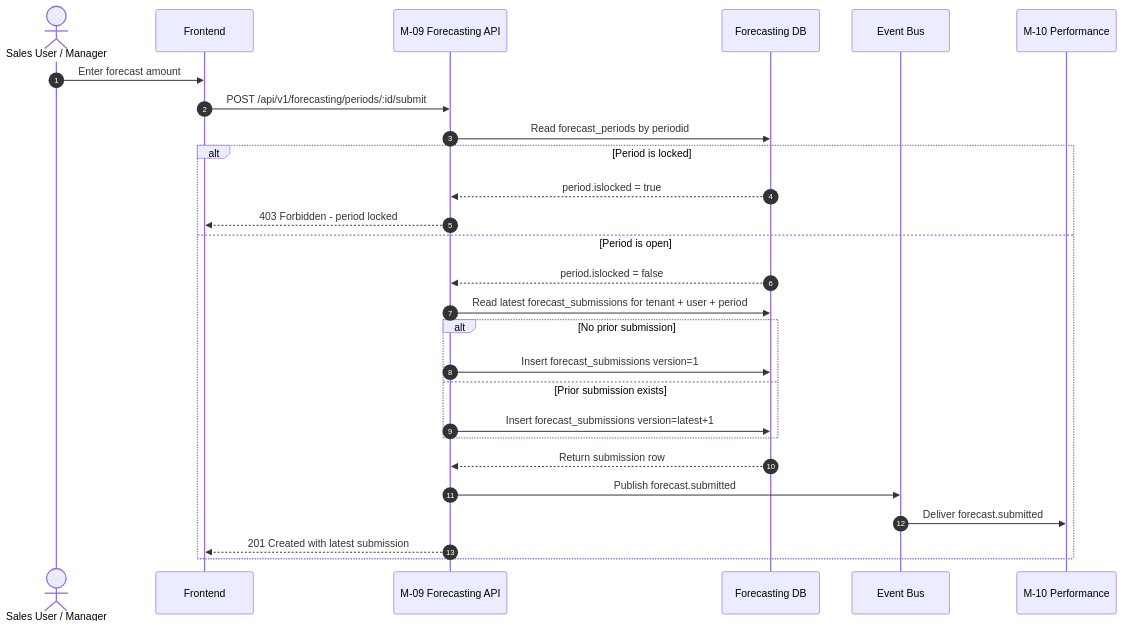
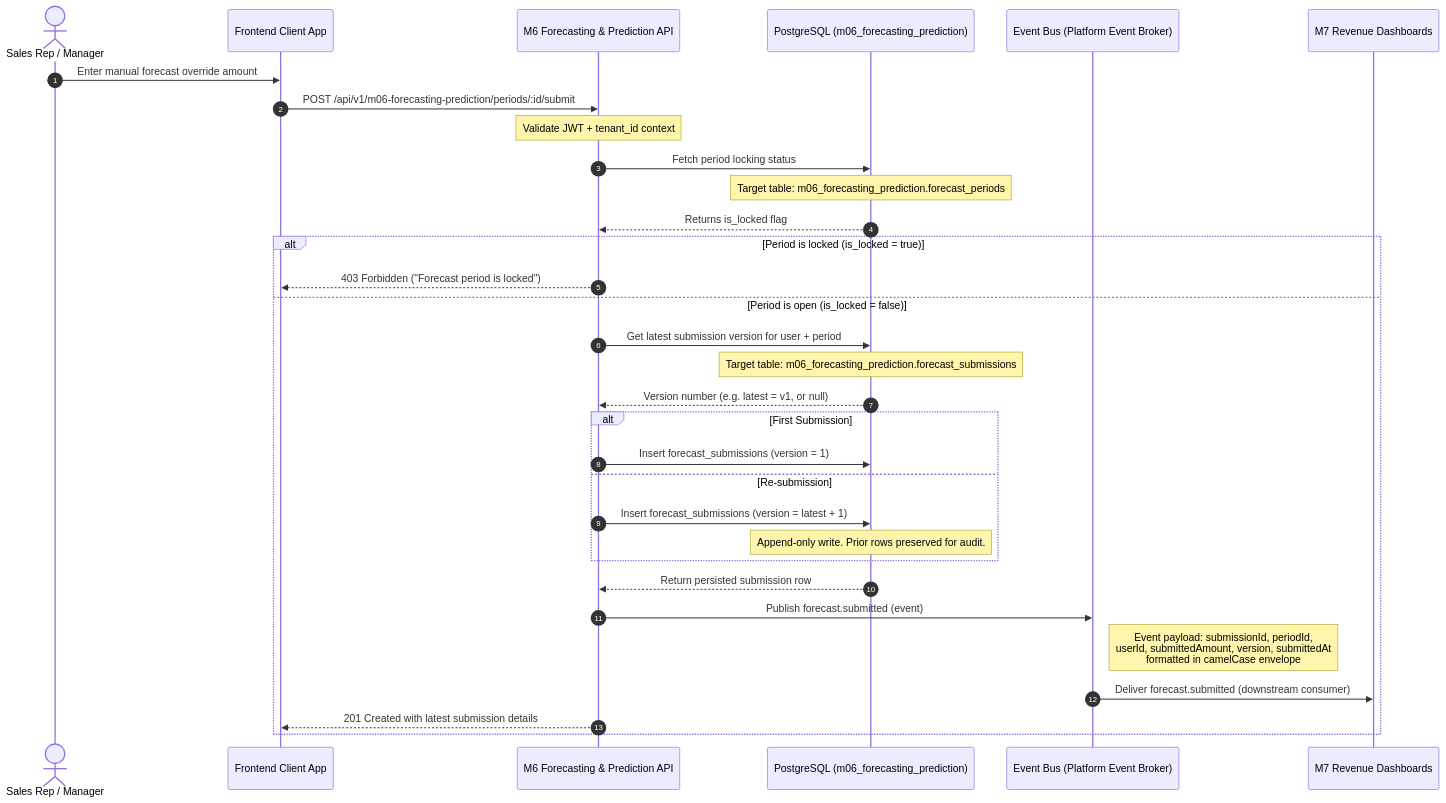
One commit to PoojaTiwari09/FB-and-RP-Fixes changed the third of 4 diagrams in Reference documents/M6 Forecasting & Prediction/Sequence Diagrams for M6.md. Above: the diagram before and after it, drawn with Mermaid. The commit also changed other lines of this file and 79 other files, not shown here.

Commit message:
chore: commit all platform reference documents and drift audit alignments

````diff
--- a/Reference documents/M6 Forecasting & Prediction/Sequence Diagrams for M6.md
+++ b/Reference documents/M6 Forecasting & Prediction/Sequence Diagrams for M6.md
@@ -209,31 +117,41 @@
 ```mermaid
 sequenceDiagram
     autonumber
-    actor User as Sales User / Manager
-    participant FE as Frontend
-    participant API as M-09 Forecasting API
-    participant DB as Forecasting DB
-    participant Bus as Event Bus
-    participant M10 as M-10 Performance
+    actor User as Sales Rep / Manager
+    participant FE as Frontend Client App
+    participant M6 as M6 Forecasting & Prediction API
+    participant DB as PostgreSQL (m06_forecasting_prediction)
+    participant Bus as Event Bus (Platform Event Broker)
+    participant M7 as M7 Revenue Dashboards
 
-    User->>FE: Enter forecast amount
-    FE->>API: POST /api/v1/forecasting/periods/:id/submit
-    API->>DB: Read forecast_periods by periodid
+    User->>FE: Enter manual forecast override amount
+    FE->>M6: POST /api/v1/m06-forecasting-prediction/periods/:id/submit
+    Note over M6: Validate JWT + tenant_id context
 
-    alt Period is locked
-        DB-->>API: period.islocked = true
-        API-->>FE: 403 Forbidden - period locked
-    else Period is open
-        DB-->>API: period.islocked = false
-        API->>DB: Read latest forecast_submissions for tenant + user + period
-        alt No prior submission
-            API->>DB: Insert forecast_submissions version=1
-        else Prior submission exists
-            API->>DB: Insert forecast_submissions version=latest+1
+    M6->>DB: Fetch period locking status
+    Note over DB: Target table: m06_forecasting_prediction.forecast_periods
+    DB-->>M6: Returns is_locked flag
+
+    alt Period is locked (is_locked = true)
+        M6-->>FE: 403 Forbidden ("Forecast period is locked")
+    else Period is open (is_locked = false)
+        M6->>DB: Get latest submission version for user + period
+        Note over DB: Target table: m06_forecasting_prediction.forecast_submissions
+        DB-->>M6: Version number (e.g. latest = v1, or null)
+
+        alt First Submission
+            M6->>DB: Insert forecast_submissions (version = 1)
+        else Re-submission
+            M6->>DB: Insert forecast_submissions (version = latest + 1)
+            Note over DB: Append-only write. Prior rows preserved for audit.
         end
-        DB-->>API: Return submission row
-        API->>Bus: Publish forecast.submitted
-        Bus->>M10: Deliver forecast.submitted
-        API-->>FE: 201 Created with latest submission
+        DB-->>M6: Return persisted submission row
+
+        M6->>Bus: Publish forecast.submitted (event)
+        Note right of Bus: Event payload: submissionId, periodId,<br/>userId, submittedAmount, version, submittedAt<br/>formatted in camelCase envelope
+        
+        Bus->>M7: Deliver forecast.submitted (downstream consumer)
+
+        M6-->>FE: 201 Created with latest submission details
     end
 ```
````
